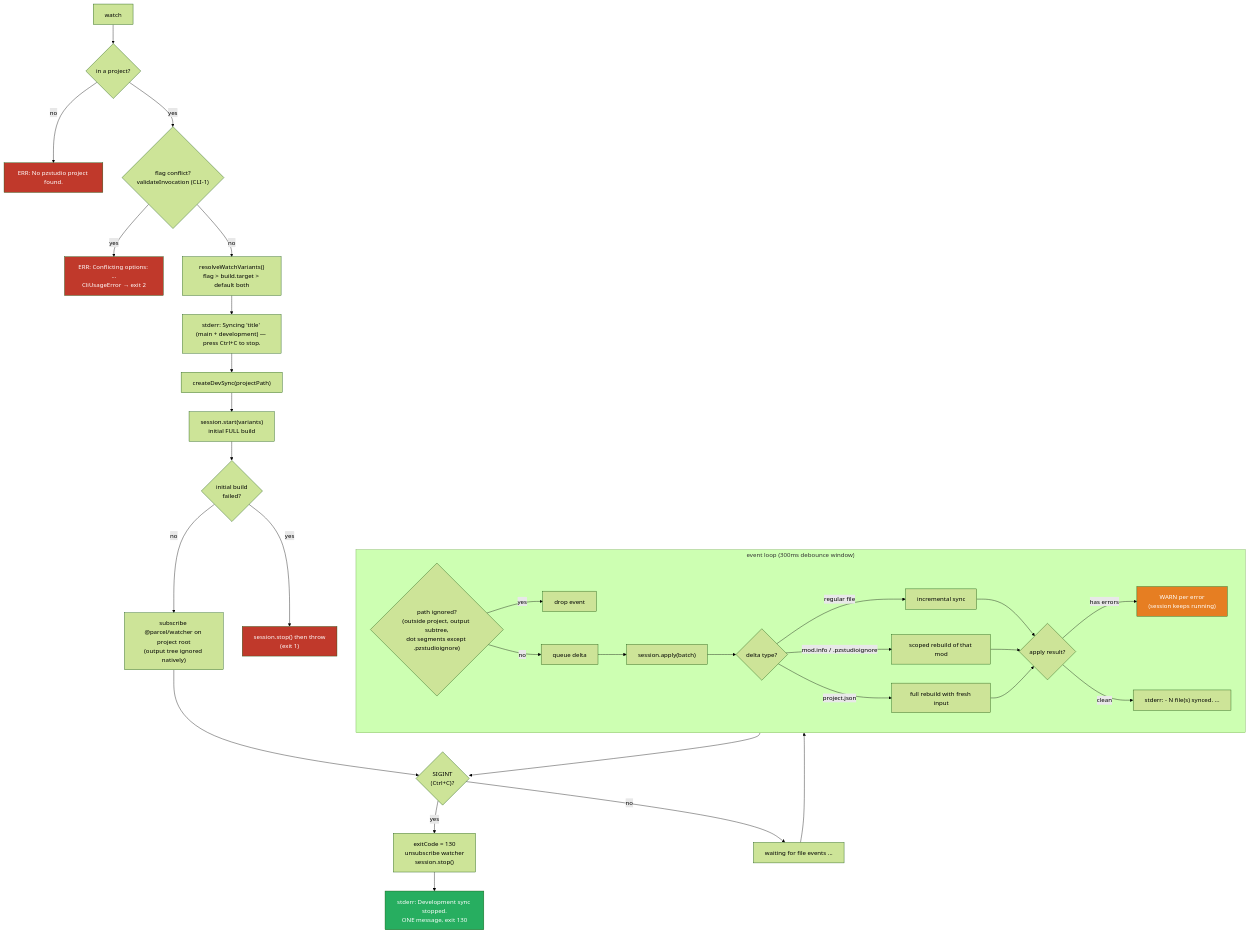
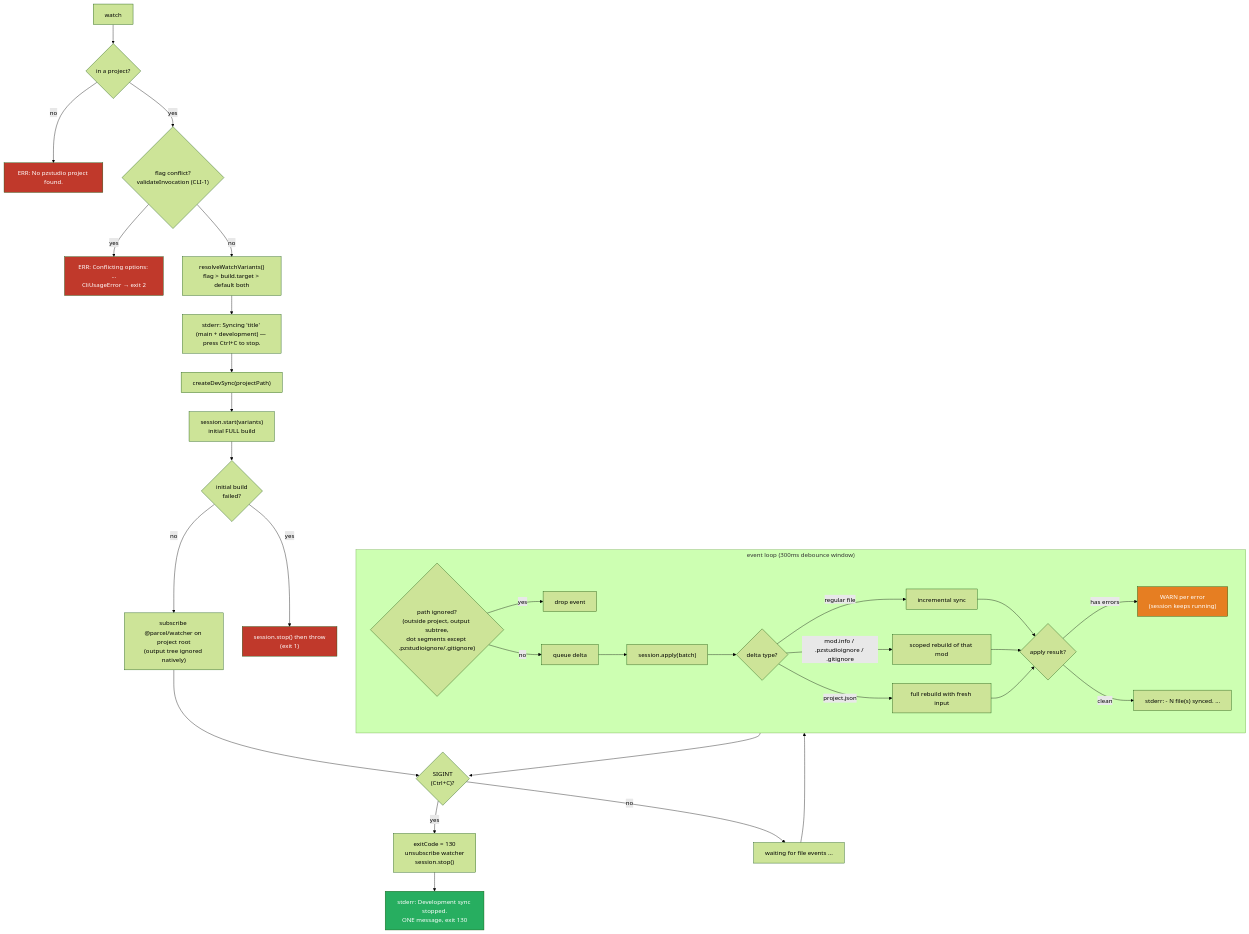
The fourth of 16 diagrams in docs/cli/04-commands.md (escapepz/pzstudio), drawn with Mermaid (forest theme) before and after one commit. The commit also changed 6 other files, not shown here.

````diff
--- a/docs/cli/04-commands.md
+++ b/docs/cli/04-commands.md
@@ -238,43 +238,43 @@
 ```mermaid
 flowchart TD
     A["watch"] --> B{"in a project?"}
     B -- no --> ERR1["ERR: No pzstudio project found."]
     B -- yes --> C{"flag conflict?<br/>validateInvocation (CLI-1)"}
     C -- yes --> ERR2["ERR: Conflicting options: ...<br/>CliUsageError → exit 2"]
     C -- no --> D["resolveWatchVariants()<br/>flag > build.target > default both"]
     D --> BN["stderr: Syncing 'title' (main + development) — press Ctrl+C to stop."]
     BN --> E["createDevSync(projectPath)"]
     E --> F["session.start(variants)<br/>initial FULL build"]
     F --> G{"initial build<br/>failed?"}
     G -- yes --> ERR3["session.stop() then throw<br/>(exit 1)"]
     G -- no --> H["subscribe @parcel/watcher on project root<br/>(output tree ignored natively)"]
     H --> SIG{"SIGINT<br/>(Ctrl+C)?"}
     SIG -- yes --> S1["exitCode = 130<br/>unsubscribe watcher<br/>session.stop()"]
     S1 --> OK["stderr: Development sync stopped.<br/>ONE message, exit 130"]
     SIG -- no --> EVT["waiting for file events ..."]
 
     EVT --> LOOP
 
     subgraph LOOP["event loop (300ms debounce window)"]
-        L2{"path ignored?<br/>(outside project, output subtree,<br/>dot segments except .pzstudioignore)"} -- yes --> L3["drop event"]
+        L2{"path ignored?<br/>(outside project, output subtree,<br/>dot segments except .pzstudioignore/.gitignore)"} -- yes --> L3["drop event"]
         L2 -- no --> L4["queue delta"]
         L4 --> L6["session.apply(batch)"]
         L6 --> L7{"delta type?"}
         L7 -- "regular file" --> L8["incremental sync"]
-        L7 -- "mod.info / .pzstudioignore" --> L9["scoped rebuild of that mod"]
+        L7 -- "mod.info / .pzstudioignore / .gitignore" --> L9["scoped rebuild of that mod"]
         L7 -- "project.json" --> L10["full rebuild with fresh input"]
         L8 --> L11{"apply result?"}
         L9 --> L11
         L10 --> L11
         L11 -- "has errors" --> L12["WARN per error<br/>(session keeps running)"]
         L11 -- "clean" --> L13["stderr: - N file(s) synced. ..."]
     end
 
     LOOP --> SIG
 
     style ERR1 fill:#c0392b,color:#fff
     style ERR2 fill:#c0392b,color:#fff
     style ERR3 fill:#c0392b,color:#fff
     style OK fill:#27ae60,color:#fff
     style L12 fill:#e67e22,color:#fff
 ```
````
